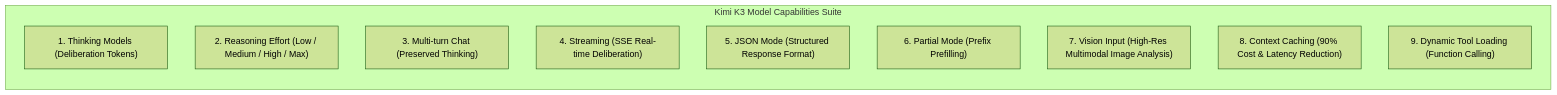
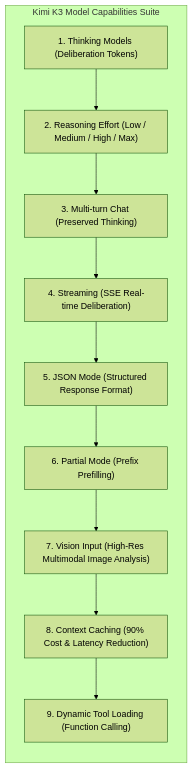
The second of 2 diagrams in contents/blog/0062-moonshot-ai-kimi-k3-thinking-models/index.md (narenandu/narenvadapalli_dot_com), drawn with Mermaid (forest theme) before and after one commit.

Commit message:
fix: convert capabilities diagram in Kimi K3 post to strict vertical top-down layout

````diff
--- a/contents/blog/0062-moonshot-ai-kimi-k3-thinking-models/index.md
+++ b/contents/blog/0062-moonshot-ai-kimi-k3-thinking-models/index.md
@@ -98,15 +98,14 @@
 ```mermaid
 flowchart TD
     subgraph Capabilities["Kimi K3 Model Capabilities Suite"]
         direction TB
-        C1["1. Thinking Models (Deliberation Tokens)"]
-        C2["2. Reasoning Effort (Low / Medium / High / Max)"]
-        C3["3. Multi-turn Chat (Preserved Thinking)"]
-        C4["4. Streaming (SSE Real-time Deliberation)"]
-        C5["5. JSON Mode (Structured Response Format)"]
-        C6["6. Partial Mode (Prefix Prefilling)"]
-        C7["7. Vision Input (High-Res Multimodal Image Analysis)"]
-        C8["8. Context Caching (90% Cost & Latency Reduction)"]
-        C9["9. Dynamic Tool Loading (Function Calling)"]
+        C1["1. Thinking Models (Deliberation Tokens)"] --> C2["2. Reasoning Effort (Low / Medium / High / Max)"]
+        C2 --> C3["3. Multi-turn Chat (Preserved Thinking)"]
+        C3 --> C4["4. Streaming (SSE Real-time Deliberation)"]
+        C4 --> C5["5. JSON Mode (Structured Response Format)"]
+        C5 --> C6["6. Partial Mode (Prefix Prefilling)"]
+        C6 --> C7["7. Vision Input (High-Res Multimodal Image Analysis)"]
+        C7 --> C8["8. Context Caching (90% Cost & Latency Reduction)"]
+        C8 --> C9["9. Dynamic Tool Loading (Function Calling)"]
     end
 ```
````
